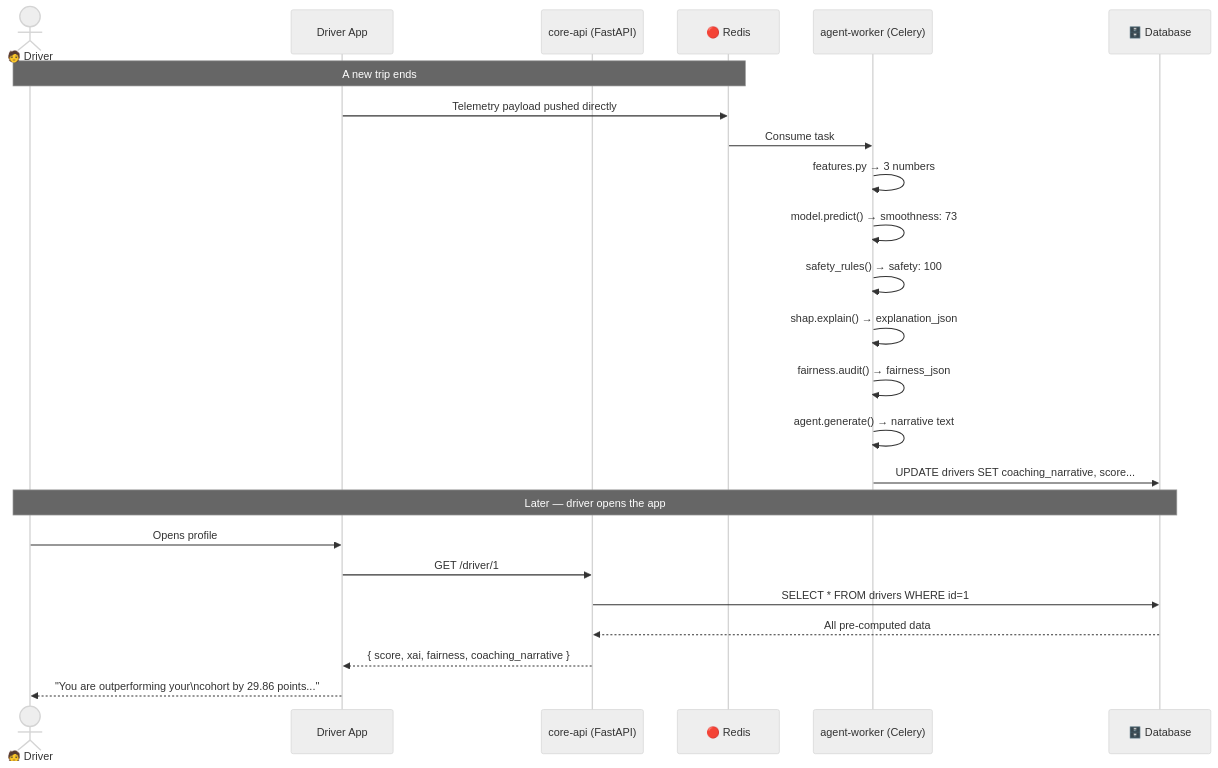
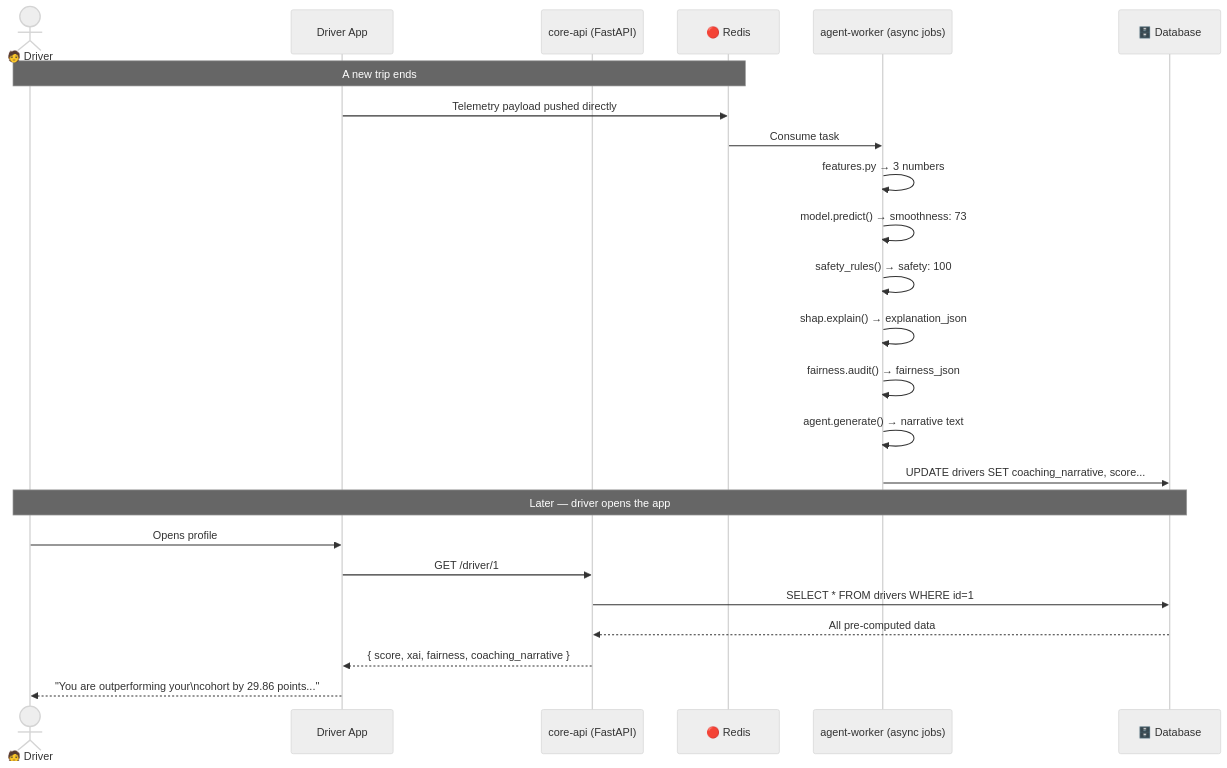
Diagram 15 of 16 in docs/ml_pipeline_guide.md (tracedata-ai/tracedata-ai-ml), drawn with Mermaid (neutral theme) before and after one commit. The commit also changed other lines of this file and 10 other files, not shown here.

````diff
--- a/docs/ml_pipeline_guide.md
+++ b/docs/ml_pipeline_guide.md
@@ -369,28 +369,28 @@
 ```mermaid
 sequenceDiagram
     actor Driver as 🧑 Driver
     participant App as Driver App
     participant API as core-api (FastAPI)
     participant Redis as 🔴 Redis
-    participant Worker as agent-worker (Celery)
+    participant Worker as agent-worker (async jobs)
     participant DB as 🗄️ Database
 
     Note over Driver,Redis: A new trip ends
     App->>Redis: Telemetry payload pushed directly
     Redis->>Worker: Consume task
     Worker->>Worker: features.py → 3 numbers
     Worker->>Worker: model.predict() → smoothness: 73
     Worker->>Worker: safety_rules() → safety: 100
     Worker->>Worker: shap.explain() → explanation_json
     Worker->>Worker: fairness.audit() → fairness_json
     Worker->>Worker: agent.generate() → narrative text
     Worker->>DB: UPDATE drivers SET coaching_narrative, score...
 
     Note over Driver,DB: Later — driver opens the app
     Driver->>App: Opens profile
     App->>API: GET /driver/1
     API->>DB: SELECT * FROM drivers WHERE id=1
     DB-->>API: All pre-computed data
     API-->>App: { score, xai, fairness, coaching_narrative }
     App-->>Driver: "You are outperforming your\ncohort by 29.86 points..."
 ```
````
